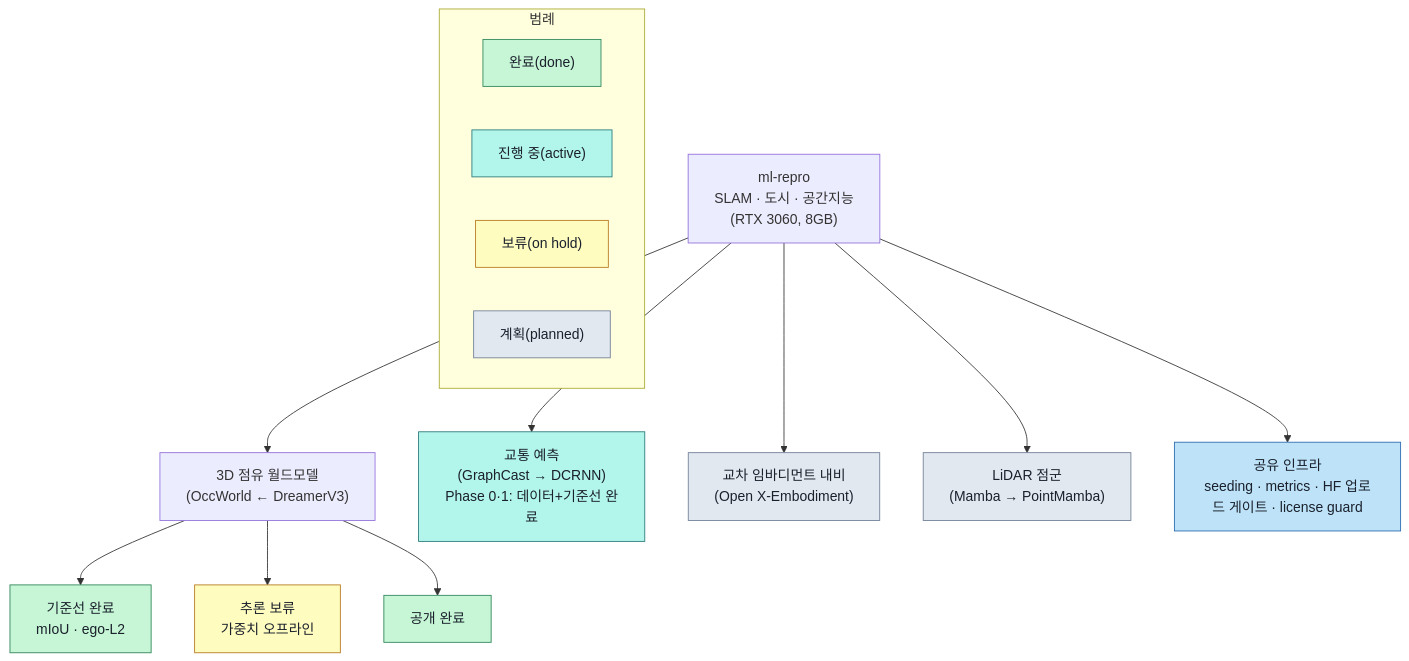
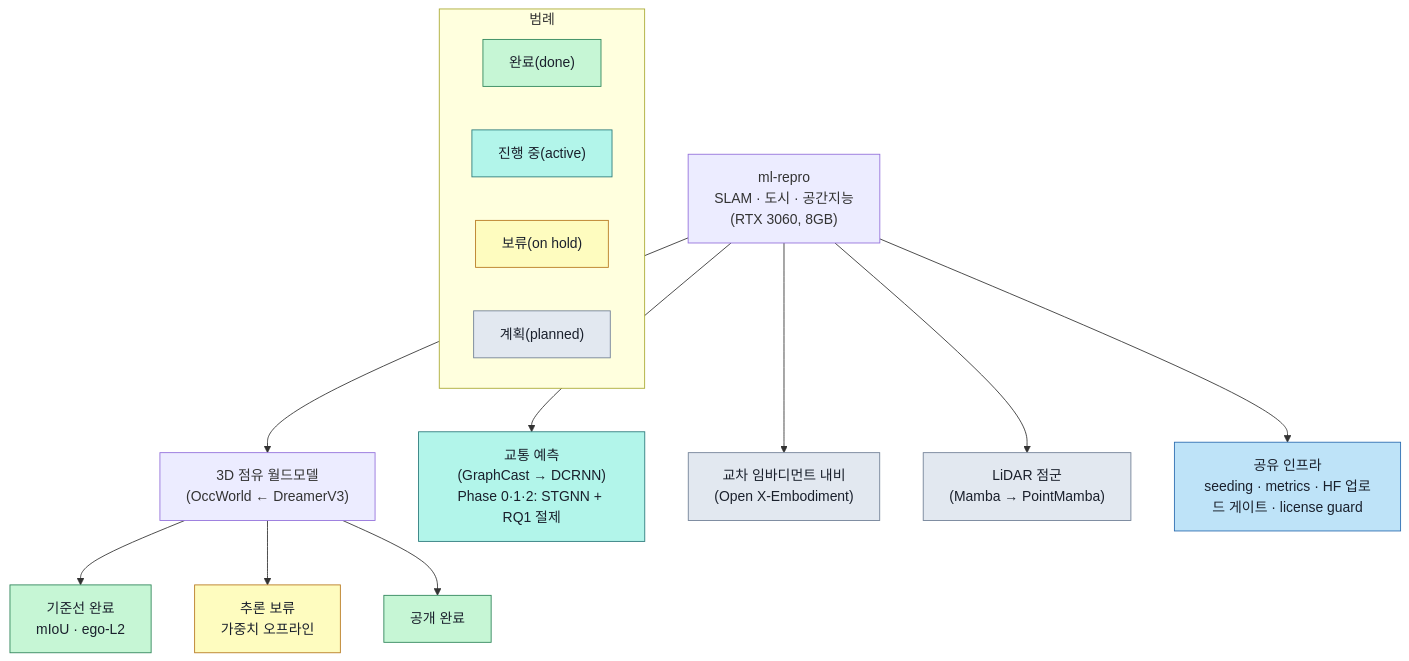
One commit to urbsn4i-sw/ml-repro changed the first of 2 diagrams in README.ko.md. Above: the diagram before and after it, drawn with Mermaid. The commit also changed other lines of this file and 1 other file, not shown here.

First line of the commit message:
docs: sync root README (EN/KO) — traffic Phase 2 (STGNN + RQ1 ablation) done

````diff
--- a/README.ko.md
+++ b/README.ko.md
@@ -18,28 +18,28 @@
 ```mermaid
 flowchart TB
   root["ml-repro<br/>SLAM · 도시 · 공간지능<br/>(RTX 3060, 8GB)"]
 
   root --> occ["3D 점유 월드모델<br/>(OccWorld ← DreamerV3)"]
   occ --> occ1["기준선 완료<br/>mIoU · ego-L2"]:::done
   occ --> occ2["추론 보류<br/>가중치 오프라인"]:::onhold
   occ --> occ3["공개 완료"]:::done
 
-  root --> t1["교통 예측<br/>(GraphCast → DCRNN)<br/>Phase 0·1: 데이터+기준선 완료"]:::active
+  root --> t1["교통 예측<br/>(GraphCast → DCRNN)<br/>Phase 0·1·2: STGNN + RQ1 절제"]:::active
   root --> t2["교차 임바디먼트 내비<br/>(Open X-Embodiment)"]:::planned
   root --> t3["LiDAR 점군<br/>(Mamba → PointMamba)"]:::planned
 
   root --> infra["공유 인프라<br/>seeding · metrics · HF 업로드 게이트 · license guard"]:::infra
 
   subgraph Legend["범례"]
     Ld["완료(done)"]:::done
     La["진행 중(active)"]:::active
     Lh["보류(on hold)"]:::onhold
     Lp["계획(planned)"]:::planned
   end
 
   classDef done fill:#c6f6d5,stroke:#2f855a,color:#1a202c;
   classDef active fill:#b2f5ea,stroke:#2c7a7b,color:#1a202c;
   classDef onhold fill:#fefcbf,stroke:#b7791f,color:#1a202c;
   classDef planned fill:#e2e8f0,stroke:#718096,color:#1a202c;
   classDef infra fill:#bee3f8,stroke:#2b6cb0,color:#1a202c;
 ```
````
